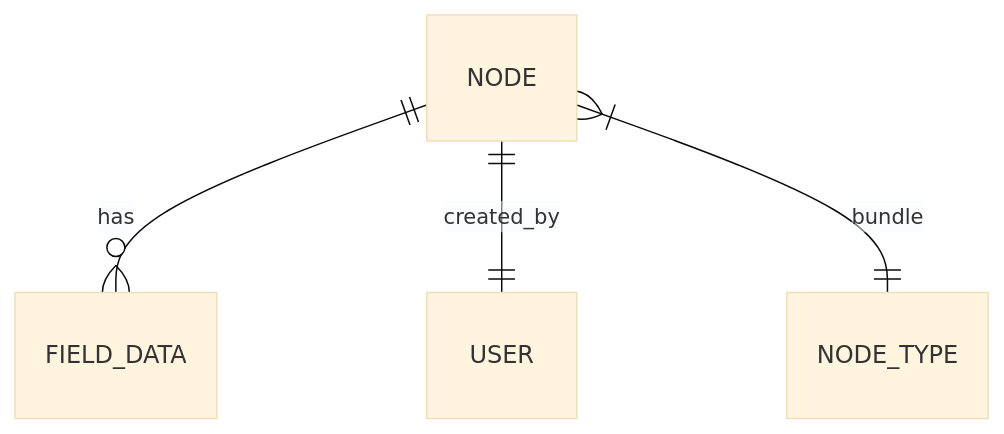
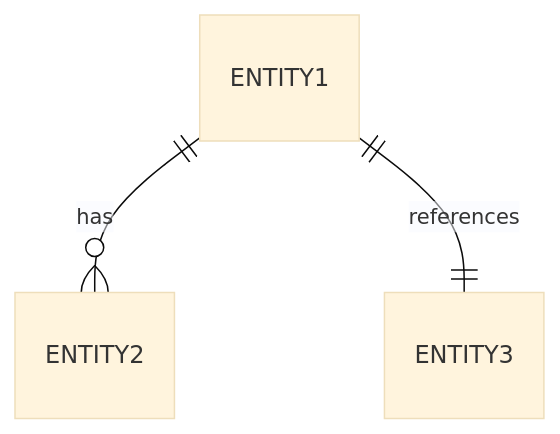
The third of 8 diagrams in drupal-dev-framework/skills/diagram-generator/SKILL.md (camoa/claude-skills), drawn with Mermaid (base theme) before and after one commit. The commit also changed other lines of this file and 23 other files, not shown here.

````diff
--- a/drupal-dev-framework/skills/diagram-generator/SKILL.md
+++ b/drupal-dev-framework/skills/diagram-generator/SKILL.md
@@ -45,6 +70,5 @@
 ```mermaid
 erDiagram
-    NODE ||--o{ FIELD_DATA : has
-    NODE ||--|| USER : created_by
-    NODE }|--|| NODE_TYPE : bundle
+    ENTITY1 ||--o{ ENTITY2 : has
+    ENTITY1 ||--|| ENTITY3 : references
 ```
````
